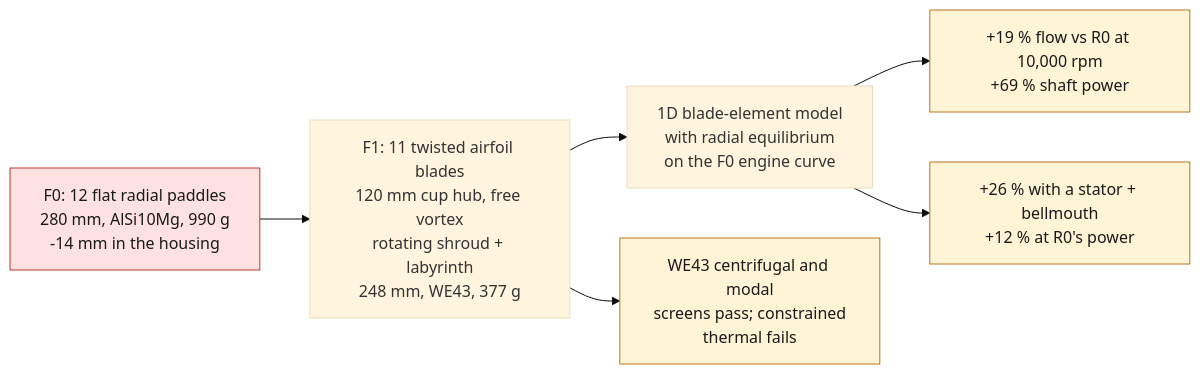
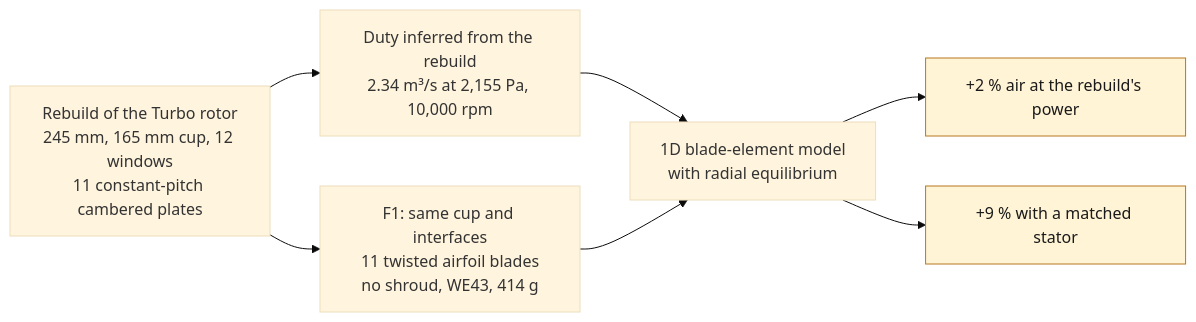
Before and after one commit to cluster2600/porscheparts: the diagram in docs/993/993_COOLING_IMPELLER_WE43_F1.md, drawn with Mermaid (base theme). The commit also changed other lines of this file and 29 other files, not shown here.

First line of the commit message:
feat(993): redesign F1 impeller from the Turbo rotor rebuild

````diff
--- a/docs/993/993_COOLING_IMPELLER_WE43_F1.md
+++ b/docs/993/993_COOLING_IMPELLER_WE43_F1.md
@@ -11,13 +14,11 @@
 ```mermaid
 flowchart LR
-  F0["F0: 12 flat radial paddles<br/>280 mm, AlSi10Mg, 990 g<br/>-14 mm in the housing"] --> F1["F1: 11 twisted airfoil blades<br/>120 mm cup hub, free vortex<br/>rotating shroud + labyrinth<br/>248 mm, WE43, 377 g"]
-  F1 --> A["1D blade-element model<br/>with radial equilibrium<br/>on the F0 engine curve"]
-  A --> R["+19 % flow vs R0 at 10,000 rpm<br/>+69 % shaft power"]
-  A --> S["+26 % with a stator + bellmouth<br/>+12 % at R0's power"]
-  F1 --> M["WE43 centrifugal and modal<br/>screens pass; constrained<br/>thermal fails"]
-  class F0 stop
-  class R,S open
-  class M open
-  classDef stop fill:#fde2e1,stroke:#c0392b,color:#1a1a1a;
+  R["Rebuild of the Turbo rotor<br/>245 mm, 165 mm cup, 12 windows<br/>11 constant-pitch cambered plates"] --> F1["F1: same cup and interfaces<br/>11 twisted airfoil blades<br/>no shroud, WE43, 414 g"]
+  R --> D["Duty inferred from the rebuild<br/>2.34 m³/s at 2,155 Pa, 10,000 rpm"]
+  D --> A["1D blade-element model<br/>with radial equilibrium"]
+  F1 --> A
+  A --> G["+2 % air at the rebuild's power"]
+  A --> S["+9 % with a matched stator"]
+  class G,S open
   classDef open fill:#fff4d6,stroke:#b7791f,color:#1a1a1a;
 ```
````
